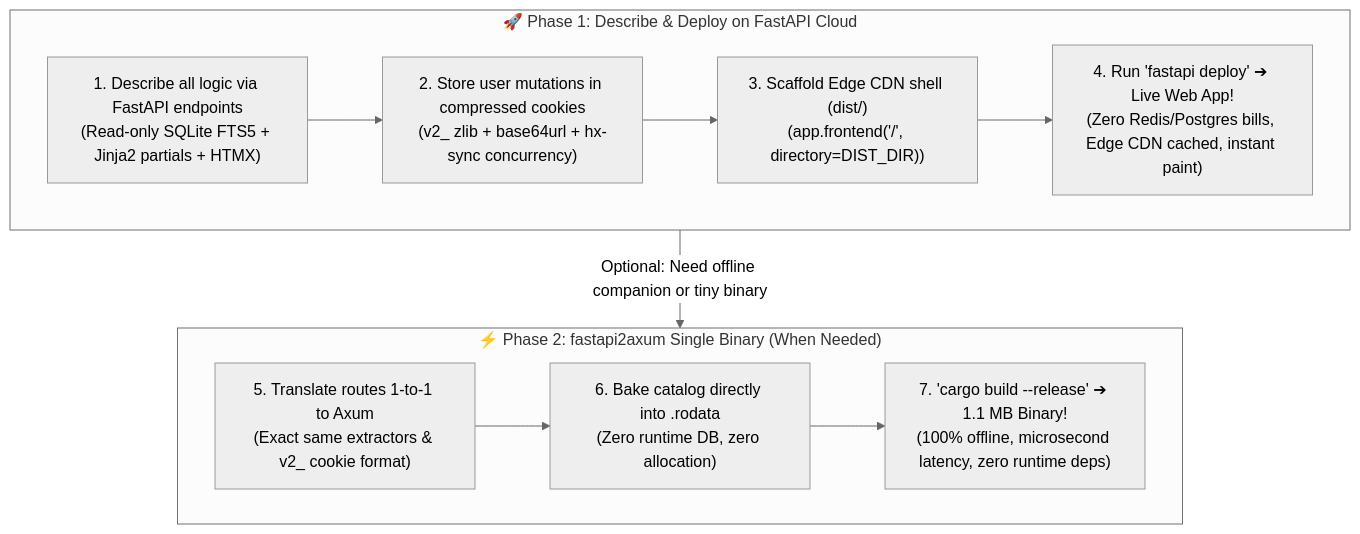
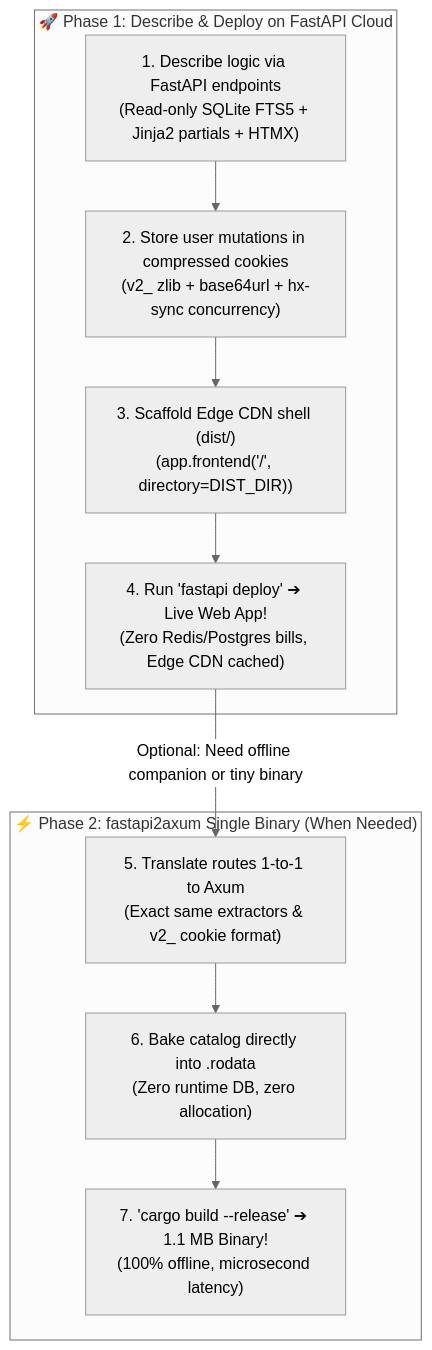
Before and after one commit to mortalezz/thin-viewport-boilerplate: the second of 2 diagrams in README.md, drawn with Mermaid (neutral theme). The commit also changed other lines of this file, not shown here.

Commit message:
fix(docs): fix Mermaid diagram syntax errors

````diff
--- a/README.md
+++ b/README.md
@@ -41,17 +42,19 @@
 ```mermaid
 flowchart TD
     subgraph Phase1["🚀 Phase 1: Describe & Deploy on FastAPI Cloud"]
-        A["1. Describe all logic via FastAPI endpoints<br/>(Read-only SQLite FTS5 + Jinja2 partials + HTMX)"]
-        --> B["2. Store user mutations in compressed cookies<br/>(v2_ zlib + base64url + hx-sync concurrency)"]
-        --> C["3. Scaffold Edge CDN shell (dist/)<br/>(app.frontend('/', directory=DIST_DIR))"]
-        --> D["4. Run 'fastapi deploy' ➔ Live Web App!<br/>(Zero Redis/Postgres bills, Edge CDN cached, instant paint)"]
+        A["1. Describe logic via FastAPI endpoints<br/>(Read-only SQLite FTS5 + Jinja2 partials + HTMX)"]
+        B["2. Store user mutations in compressed cookies<br/>(v2_ zlib + base64url + hx-sync concurrency)"]
+        C["3. Scaffold Edge CDN shell (dist/)<br/>(app.frontend('/', directory=DIST_DIR))"]
+        D["4. Run 'fastapi deploy' ➔ Live Web App!<br/>(Zero Redis/Postgres bills, Edge CDN cached)"]
+        A --> B --> C --> D
     end
 
     subgraph Phase2["⚡ Phase 2: fastapi2axum Single Binary (When Needed)"]
         E["5. Translate routes 1-to-1 to Axum<br/>(Exact same extractors & v2_ cookie format)"]
-        --> F["6. Bake catalog directly into .rodata<br/>(Zero runtime DB, zero allocation)"]
-        --> G["7. 'cargo build --release' ➔ 1.1 MB Binary!<br/>(100% offline, microsecond latency, zero runtime deps)"]
+        F["6. Bake catalog directly into .rodata<br/>(Zero runtime DB, zero allocation)"]
+        G["7. 'cargo build --release' ➔ 1.1 MB Binary!<br/>(100% offline, microsecond latency)"]
+        E --> F --> G
     end
 
-    Phase1 -->|"Optional: Need offline companion or tiny binary"| Phase2
+    D -->|"Optional: Need offline companion or tiny binary"| E
 ```
````
